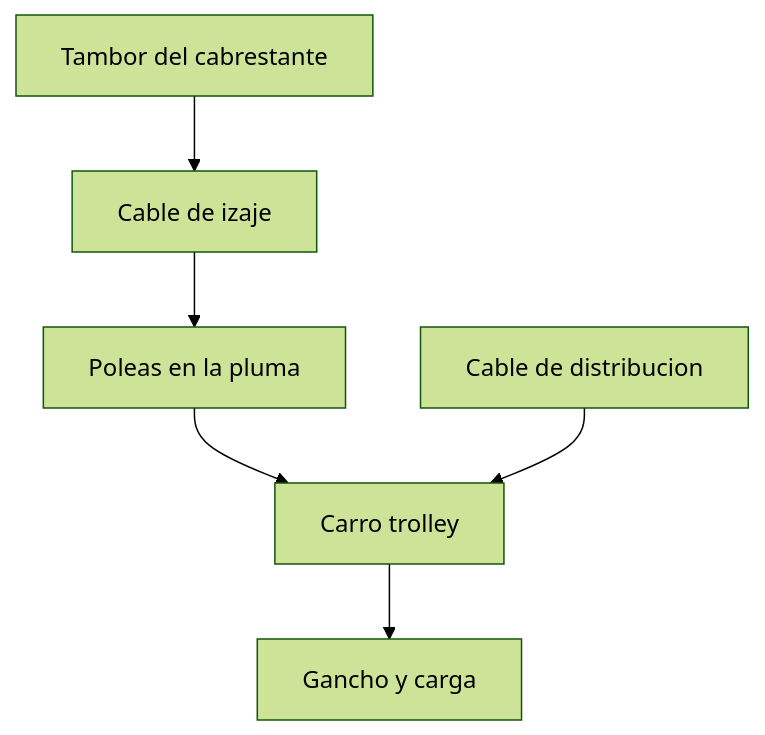
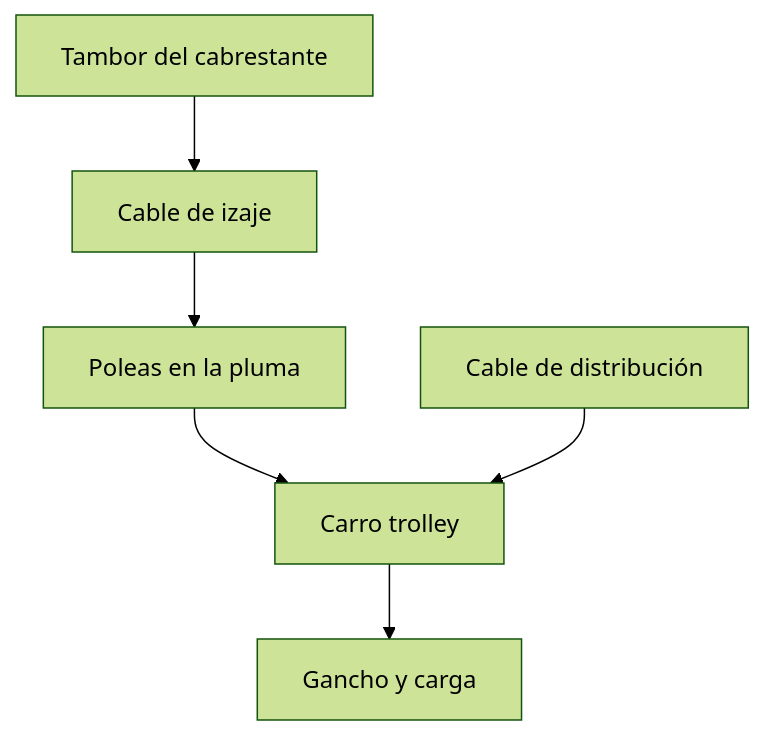
One commit to vladimiracunadev-create/machine-operator-program changed the third of 4 diagrams in vehiculos/grua-torre/operacion/sistemas-mecanicos-grua-torre.md. Above: the diagram before and after it, drawn with Mermaid (forest theme). The commit also changed other lines of this file and 442 other files, not shown here.

````diff
--- a/vehiculos/grua-torre/operacion/sistemas-mecanicos-grua-torre.md
+++ b/vehiculos/grua-torre/operacion/sistemas-mecanicos-grua-torre.md
@@ -89,8 +89,8 @@
 ```mermaid
 flowchart TD
     Tambor[Tambor del cabrestante] --> Cable[Cable de izaje]
     Cable --> PoleaP[Poleas en la pluma]
     PoleaP --> Carro[Carro trolley]
     Carro --> Gancho[Gancho y carga]
-    CableD[Cable de distribucion] --> Carro
+    CableD[Cable de distribución] --> Carro
 ```
````
